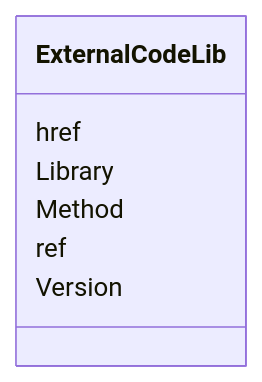
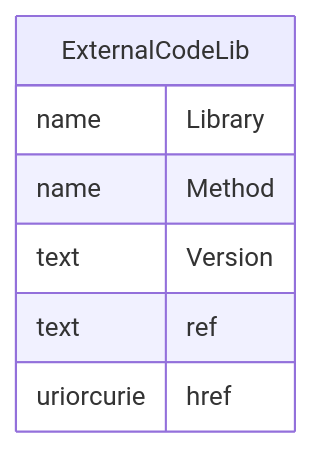
Before and after one commit to cdisc-org/DataExchange-ODM-LinkML: the diagram in docs/ExternalCodeLib.md, drawn with Mermaid. The commit also changed other lines of this file and 181 other files, not shown here.

Commit message:
ER diagrams working via templates and removing names with underscores

````diff
--- a/docs/ExternalCodeLib.md
+++ b/docs/ExternalCodeLib.md
@@ -14,15 +11,13 @@
 ```mermaid
- classDiagram
-    class ExternalCodeLib
-      ExternalCodeLib : href
-        
-      ExternalCodeLib : Library
-        
-      ExternalCodeLib : Method
-        
-      ExternalCodeLib : ref
-        
-      ExternalCodeLib : Version
-        
-      
+erDiagram
+ExternalCodeLib {
+    name Library  
+    name Method  
+    text Version  
+    text ref  
+    uriorcurie href  
+}
+
+
+
 ```
````
